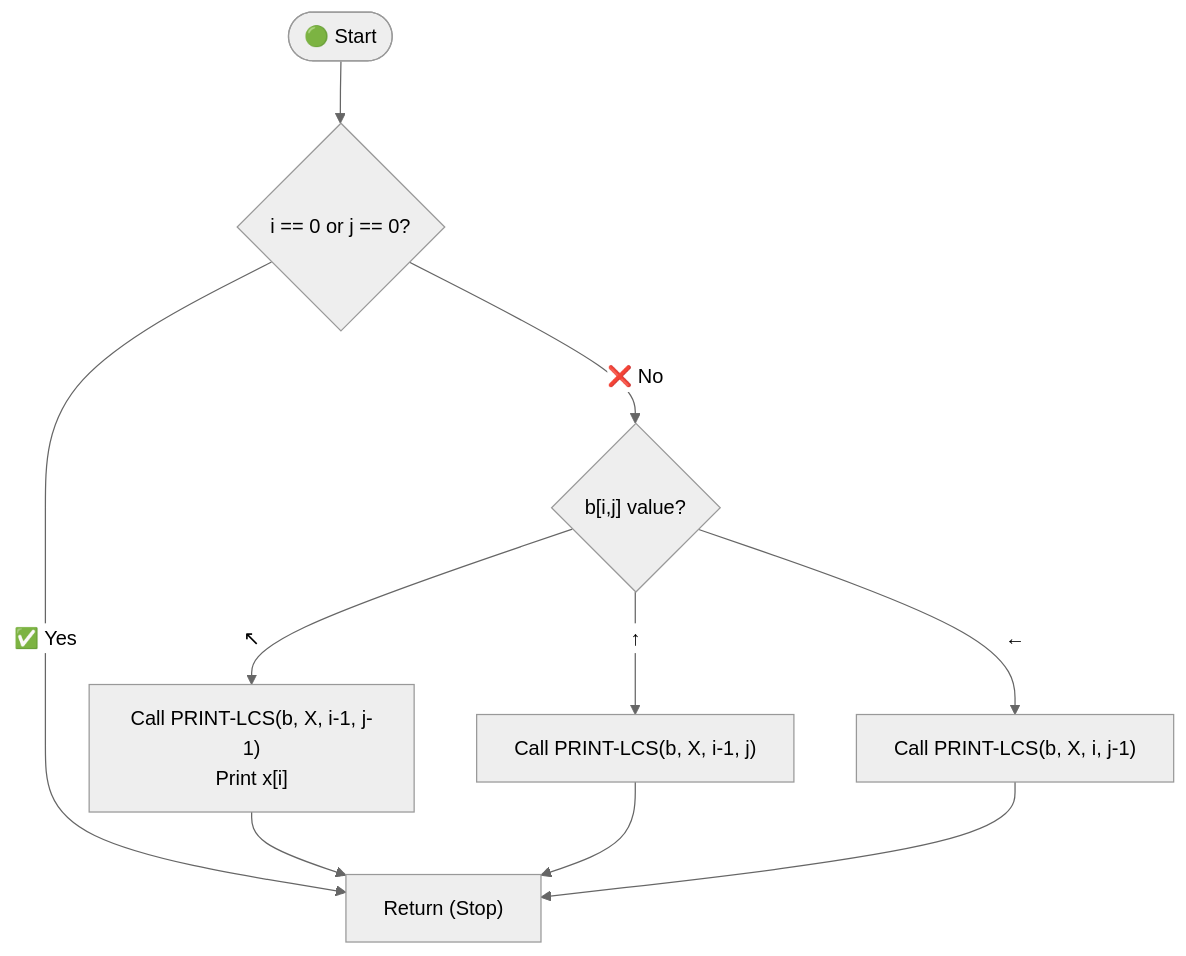
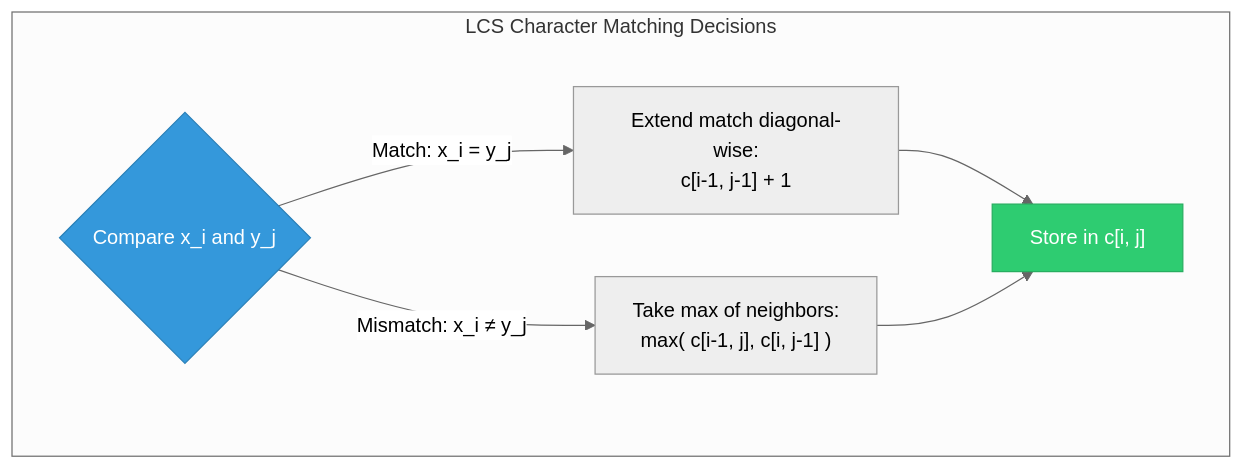
The seventh of 10 diagrams in Chapter 8 - Dynamic Programming/README.md (M-F-Tushar/CSE-2201-2202-Algorithm-Design-and-Analysis-Sessional), drawn with Mermaid (neutral theme) before and after one commit. The commit also changed other lines of this file, not shown here.

Commit message:
fix mermaind diagram

````diff
--- a/Chapter 8 - Dynamic Programming/README.md
+++ b/Chapter 8 - Dynamic Programming/README.md
@@ -567,12 +666,13 @@
 ```mermaid
-flowchart TD
-    START([🟢 Start]) --> CHECK{"i == 0 or j == 0?"}
-    CHECK -->|✅ Yes| RET["Return (Stop)"]
-    CHECK -->|❌ No| CHKDIR{"b[i,j] value?"}
-    CHKDIR -->|↖| MATCH["Call PRINT-LCS(b, X, i-1, j-1)<br/>Print x[i]"]
-    CHKDIR -->|↑| UP["Call PRINT-LCS(b, X, i-1, j)"]
-    CHKDIR -->|←| LEFT["Call PRINT-LCS(b, X, i, j-1)"]
-    MATCH --> RET
-    UP --> RET
-    LEFT --> RET
+graph TD
+    subgraph "LCS Character Matching Decisions"
+        Compare{"Compare x_i and y_j"} -->|Match: x_i = y_j| Diagonal["Extend match diagonal-wise:<br/>c[i-1, j-1] + 1"]
+        Compare -->|Mismatch: x_i ≠ y_j| MaxNeighbors["Take max of neighbors:<br/>max( c[i-1, j], c[i, j-1] )"]
+        
+        Diagonal --> Save["Store in c[i, j]"]
+        MaxNeighbors --> Save
+        
+        style Compare fill:#3498db,stroke:#2980b9,color:#fff
+        style Save fill:#2ecc71,stroke:#27ae60,color:#fff
+    end
 ```
````
